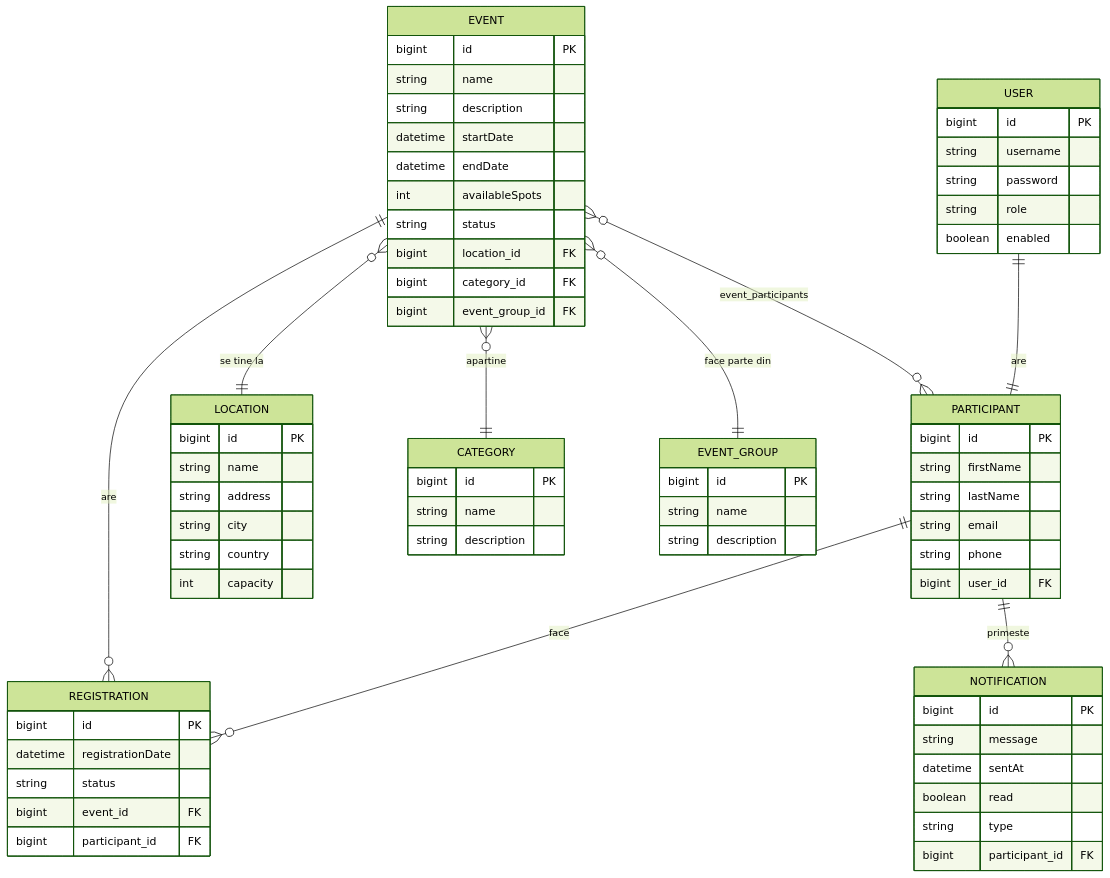
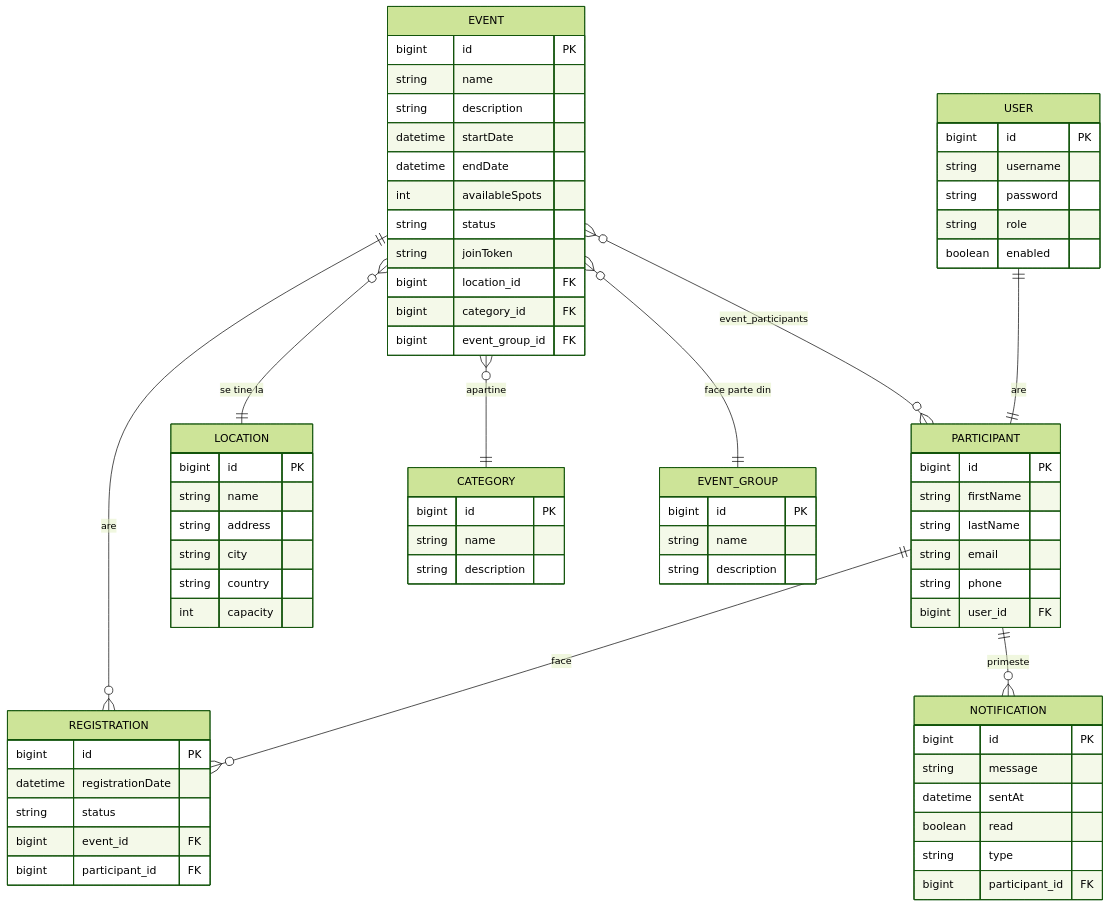
One commit to alexarama/eventmanager changed the diagram in README.md. Above: the diagram before and after it, drawn with Mermaid (forest theme). The commit also changed other lines of this file, not shown here.

````diff
--- a/README.md
+++ b/README.md
@@ -8,72 +37,73 @@
 ```mermaid
 erDiagram
     USER ||--|| PARTICIPANT : "are"
     PARTICIPANT ||--o{ REGISTRATION : "face"
     PARTICIPANT ||--o{ NOTIFICATION : "primeste"
     EVENT ||--o{ REGISTRATION : "are"
     EVENT }o--|| LOCATION : "se tine la"
     EVENT }o--|| CATEGORY : "apartine"
     EVENT }o--|| EVENT_GROUP : "face parte din"
     EVENT }o--o{ PARTICIPANT : "event_participants"
 
     USER {
         bigint id PK
         string username
         string password
         string role
         boolean enabled
     }
     PARTICIPANT {
         bigint id PK
         string firstName
         string lastName
         string email
         string phone
         bigint user_id FK
     }
     EVENT {
         bigint id PK
         string name
         string description
         datetime startDate
         datetime endDate
         int availableSpots
         string status
+        string joinToken
         bigint location_id FK
         bigint category_id FK
         bigint event_group_id FK
     }
     REGISTRATION {
         bigint id PK
         datetime registrationDate
         string status
         bigint event_id FK
         bigint participant_id FK
     }
     NOTIFICATION {
         bigint id PK
         string message
         datetime sentAt
         boolean read
         string type
         bigint participant_id FK
     }
     LOCATION {
         bigint id PK
         string name
         string address
         string city
         string country
         int capacity
     }
     CATEGORY {
         bigint id PK
         string name
         string description
     }
     EVENT_GROUP {
         bigint id PK
         string name
         string description
     }
 ```
````
